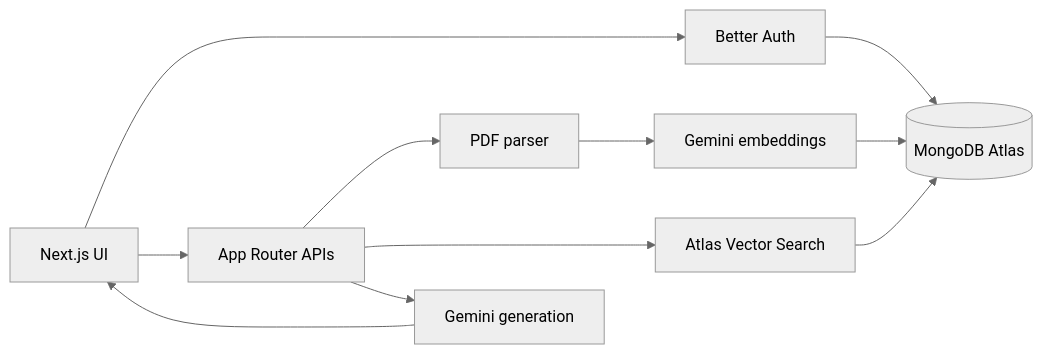
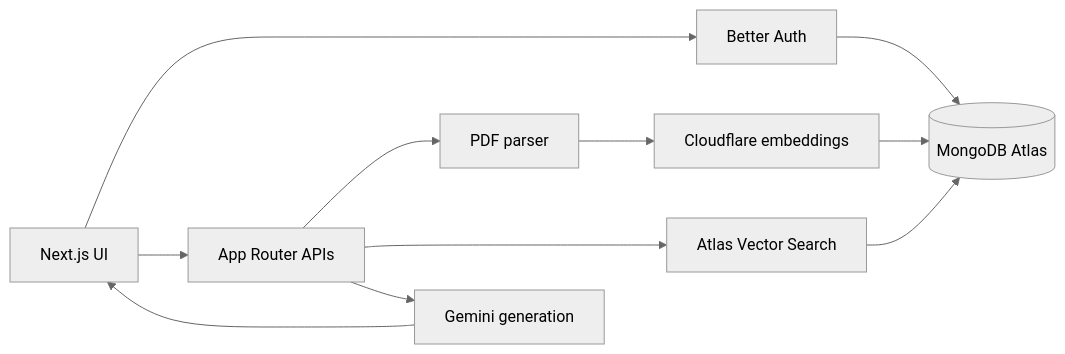
Before and after one commit to SR-Sunny-Raj/ai-knowledge-assistant: the diagram in README.md, drawn with Mermaid (neutral theme). The commit also changed other lines of this file and 9 other files, not shown here.

Commit message:
feat: migrate embeddings to Cloudflare Workers AI

````diff
--- a/README.md
+++ b/README.md
@@ -21,13 +21,13 @@
 ```mermaid
 flowchart LR
 		Browser[Next.js UI] --> Auth[Better Auth]
 		Browser --> Routes[App Router APIs]
 		Auth --> Mongo[(MongoDB Atlas)]
 		Routes --> PDF[PDF parser]
-		PDF --> Embed[Gemini embeddings]
+    PDF --> Embed[Cloudflare embeddings]
 		Embed --> Mongo
 		Routes --> Vector[Atlas Vector Search]
 		Vector --> Mongo
 		Routes --> Generate[Gemini generation]
 		Generate --> Browser
 ```
````
